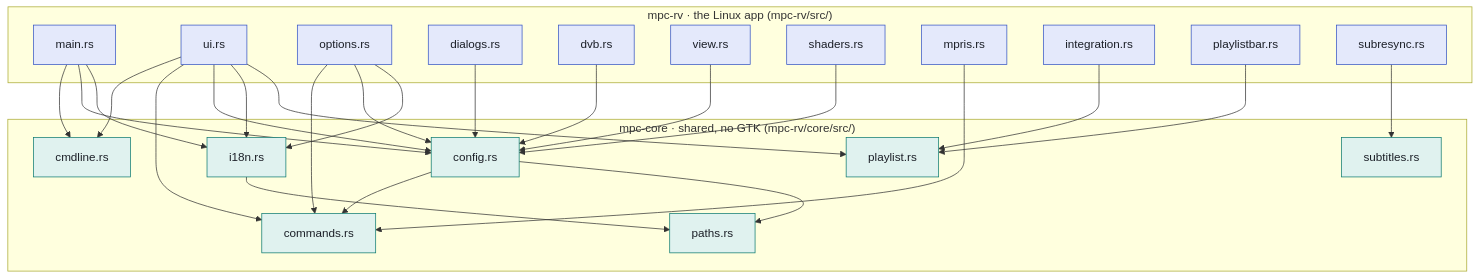
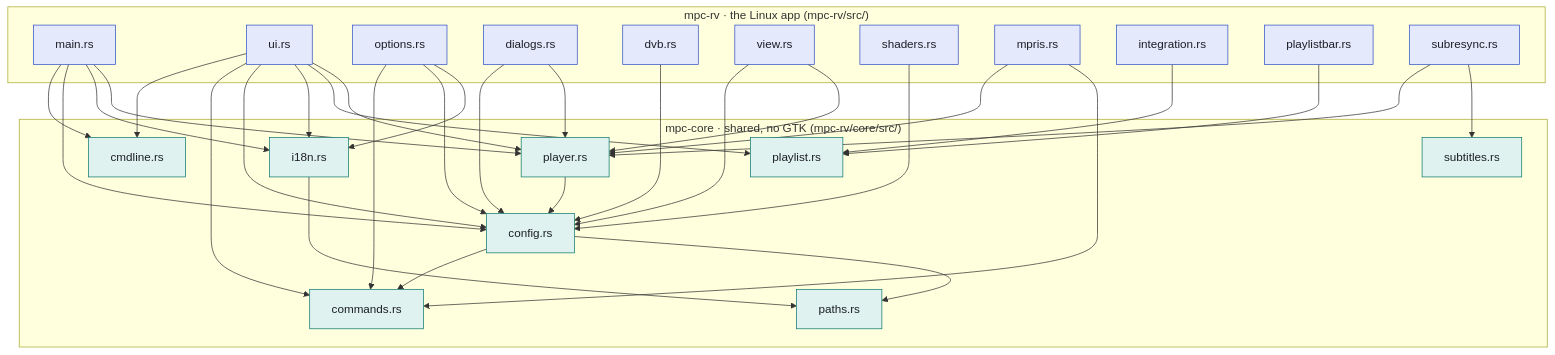
Before and after one commit to riflan0ahmed/mpc-revamp: the third of 3 diagrams in ARCHITECTURE.md, drawn with Mermaid. The commit also changed other lines of this file and 16 other files, not shown here.

````diff
--- a/ARCHITECTURE.md
+++ b/ARCHITECTURE.md
@@ -105,40 +107,43 @@
 ```mermaid
 flowchart TB
     subgraph APP["mpc-rv · the Linux app (mpc-rv/src/)"]
         main["main.rs"]
         ui["ui.rs"]
         options["options.rs"]
         dialogs["dialogs.rs"]
         dvb["dvb.rs"]
         view["view.rs"]
         shaders["shaders.rs"]
         mpris["mpris.rs"]
         integration["integration.rs"]
         playlistbar["playlistbar.rs"]
         subresync["subresync.rs"]
     end
     subgraph CORE["mpc-core · shared, no GTK (mpc-rv/core/src/)"]
         cmdline["cmdline.rs"]
         commands["commands.rs"]
         config["config.rs"]
         i18n["i18n.rs"]
         playlist["playlist.rs"]
         subtitles["subtitles.rs"]
         paths["paths.rs"]
+        player["player.rs"]
     end
 
-    main --> cmdline & config & i18n
-    ui --> cmdline & commands & config & i18n & playlist
+    main --> cmdline & config & i18n & player
+    ui --> cmdline & commands & config & i18n & playlist & player
     options --> commands & config & i18n
     dialogs & dvb & view & shaders --> config
+    dialogs & mpris & subresync & view --> player
     mpris --> commands
     integration & playlistbar --> playlist
     subresync --> subtitles
     config --> commands & paths
     i18n --> paths
+    player --> config
 
     classDef app fill:#e4e9fb,stroke:#3554c4,color:#1b1f27
     classDef shared fill:#e0f2ef,stroke:#0d7a70,color:#1b1f27
     class main,ui,options,dialogs,dvb,view,shaders,mpris,integration,playlistbar,subresync app
-    class cmdline,commands,config,i18n,playlist,subtitles,paths shared
+    class cmdline,commands,config,i18n,playlist,subtitles,paths,player shared
 ```
````
